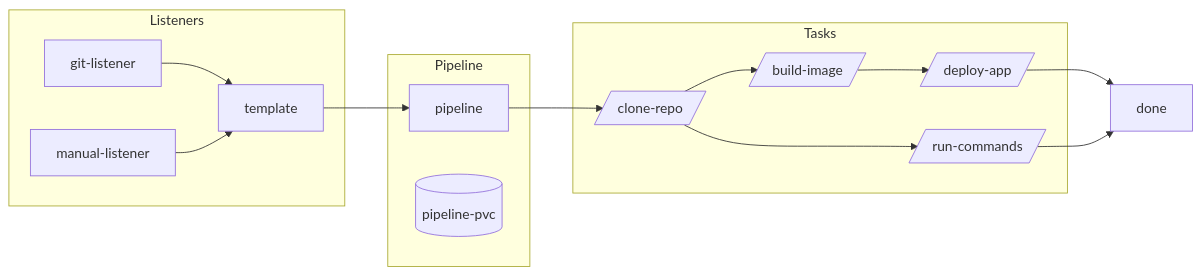
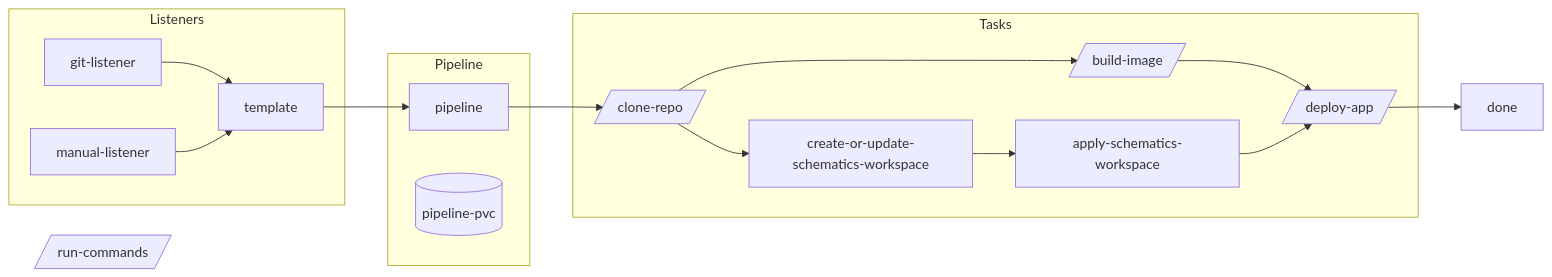
One commit to l2fprod/simple-tekton-toolchain changed the first of 2 diagrams in README.md. Above: the diagram before and after it, drawn with Mermaid. The commit also changed 1 other file, not shown here.

Commit message:
restore the image build

````diff
--- a/README.md
+++ b/README.md
@@ -9,50 +9,50 @@
 ```mermaid
 flowchart LR
 
   git-listener
   manual-listener
 
   git-listener-->template
   manual-listener-->template
 
   template
   template-->pipeline
   
   subgraph Listeners
     git-listener
     manual-listener
     template
   end
 
   pipeline
   pipeline-pvc
 
   pipeline-->clone-repo
 
   clone-repo-->build-image-->deploy-app
-  clone-repo-->run-commands
+  clone-repo-->create-or-update-schematics-workspace-->apply-schematics-workspace-->deploy-app
   deploy-app-->done
-  run-commands-->done
 
   %% clone-repo-.->pipeline-pvc
   %% build-image-.->pipeline-pvc
   %% deploy-app-.->pipeline-pvc
   %% run-commands-.->pipeline-pvc
   
   subgraph Pipeline
     pipeline
     pipeline-pvc[(pipeline-pvc)]
   end
 
   subgraph Tasks
     clone-repo
     build-image
     deploy-app
-    run-commands
+    create-or-update-schematics-workspace
+    apply-schematics-workspace
   end
 
   clone-repo[/clone-repo/]
   build-image[/build-image/]
   deploy-app[/deploy-app/]
   run-commands[/run-commands/]
 ```
````
